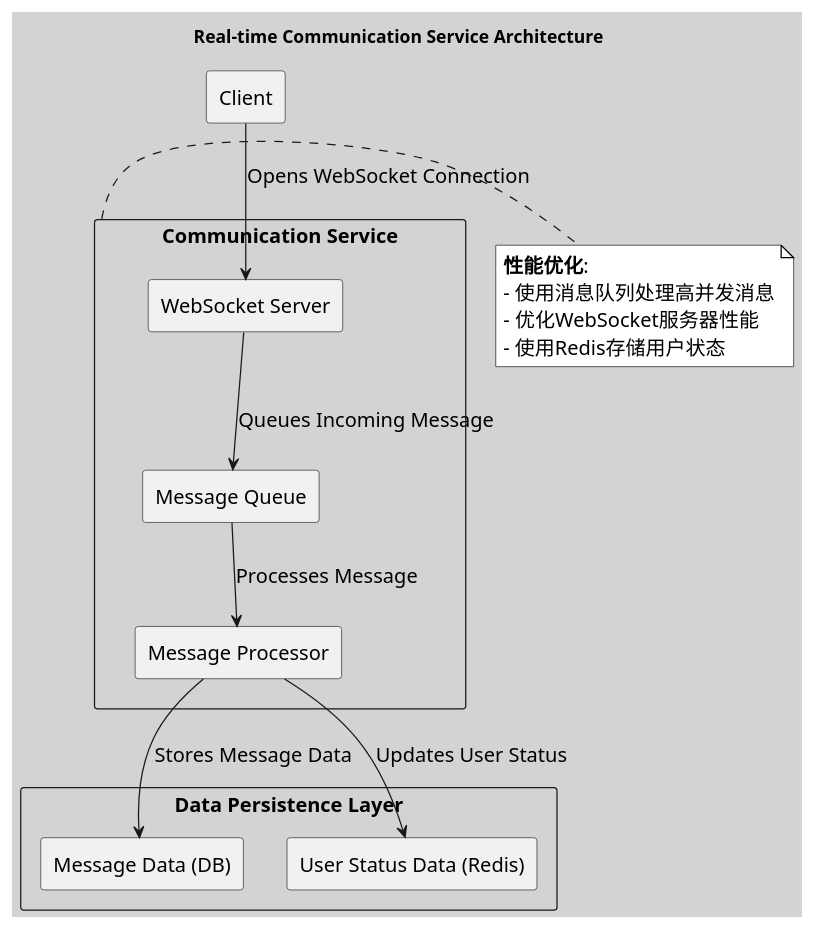
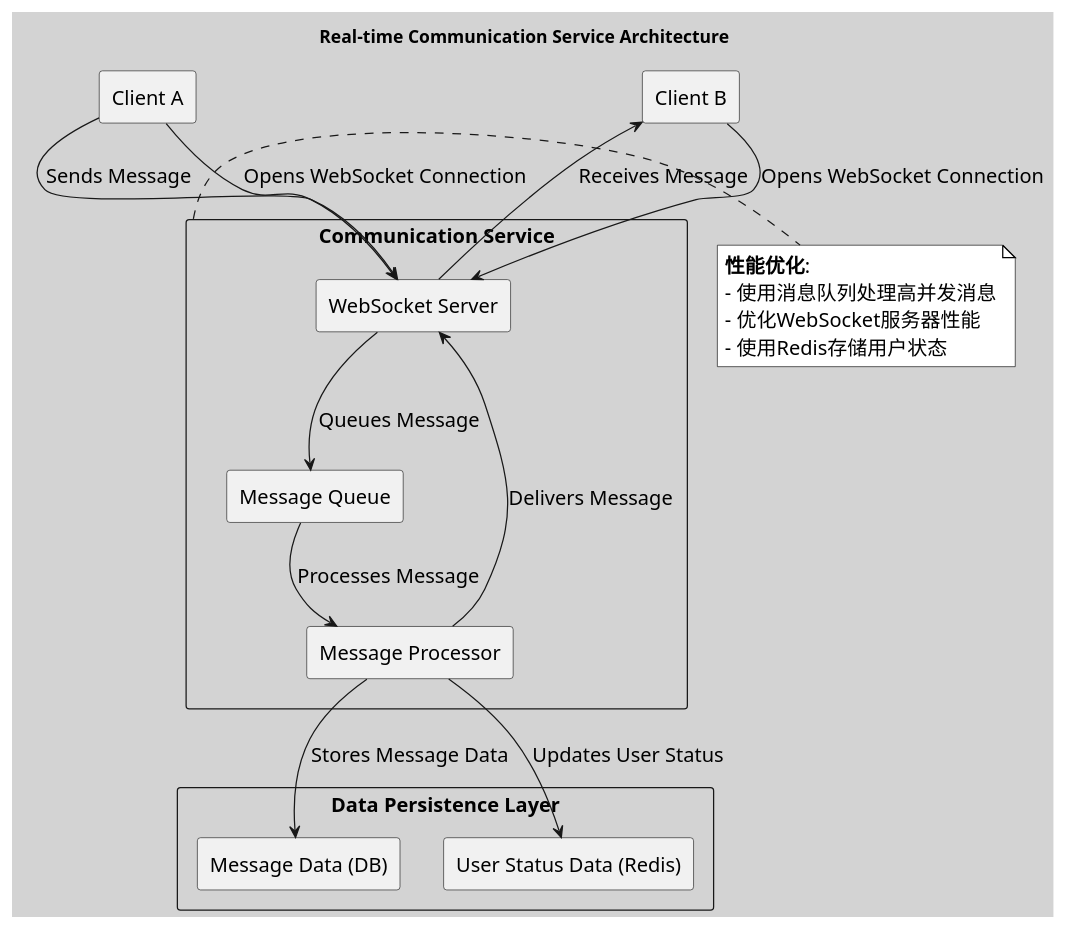
One commit to huangyingw/system_design changed the diagram in twitter/twitter_realtime_communication_service.puml. Above: the diagram before and after it, drawn with PlantUML.

```diff
--- a/twitter/twitter_realtime_communication_service.puml
+++ b/twitter/twitter_realtime_communication_service.puml
@@ -1,41 +1,46 @@
 @startuml
 
 skinparam backgroundColor #D3D3D3
 skinparam defaultFontName "Arial"
 skinparam defaultFontSize 16
 skinparam note {
     BackgroundColor #FFFFFF
-        BorderColor #000000
-        FontSize 16
-        FontName "Arial"
+    BorderColor #000000
+    FontSize 16
+    FontName "Arial"
 }
 
 title Real-time Communication Service Architecture
 
-rectangle "Client" as Client
+rectangle "Client A" as ClientA
+rectangle "Client B" as ClientB
 
 rectangle "Communication Service" as CS {
     rectangle "WebSocket Server" as WSS
-        rectangle "Message Queue" as MQ
-        rectangle "Message Processor" as MP
+    rectangle "Message Queue" as MQ
+    rectangle "Message Processor" as MP
 }
 
 rectangle "Data Persistence Layer" as DPS {
     rectangle "Message Data (DB)" as MD
-        rectangle "User Status Data (Redis)" as USD
+    rectangle "User Status Data (Redis)" as USD
 }
 
-Client -down-> WSS : Opens WebSocket Connection
-WSS -down-> MQ : Queues Incoming Message
+ClientA -down-> WSS : Opens WebSocket Connection
+ClientB -down-> WSS : Opens WebSocket Connection
+ClientA -right-> WSS : Sends Message
+WSS -down-> MQ : Queues Message
 MQ -down-> MP : Processes Message
 MP -down-> MD : Stores Message Data
 MP -down-> USD : Updates User Status
+MP -right-> WSS : Delivers Message
+WSS -right-> ClientB : Receives Message
 
 note right of CS
-**性能优化**:
-- 使用消息队列处理高并发消息
-- 优化WebSocket服务器性能
-- 使用Redis存储用户状态
+  **性能优化**:
+  - 使用消息队列处理高并发消息
+  - 优化WebSocket服务器性能
+  - 使用Redis存储用户状态
 end note
 
 @enduml
```
